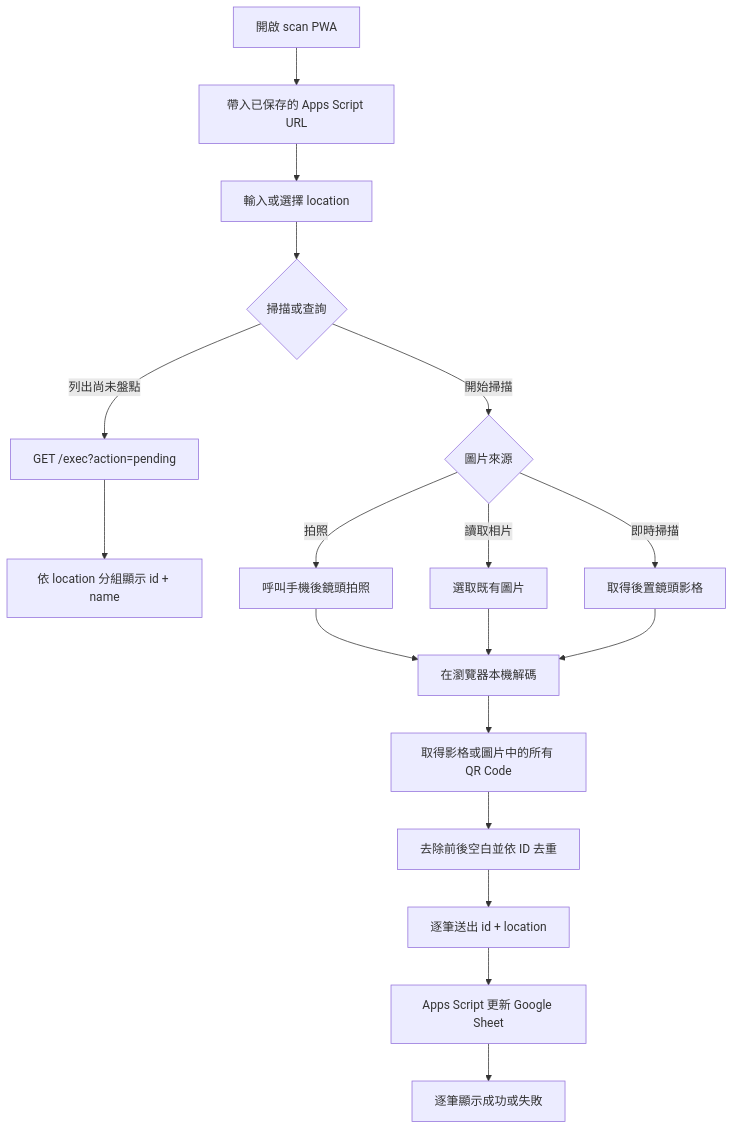
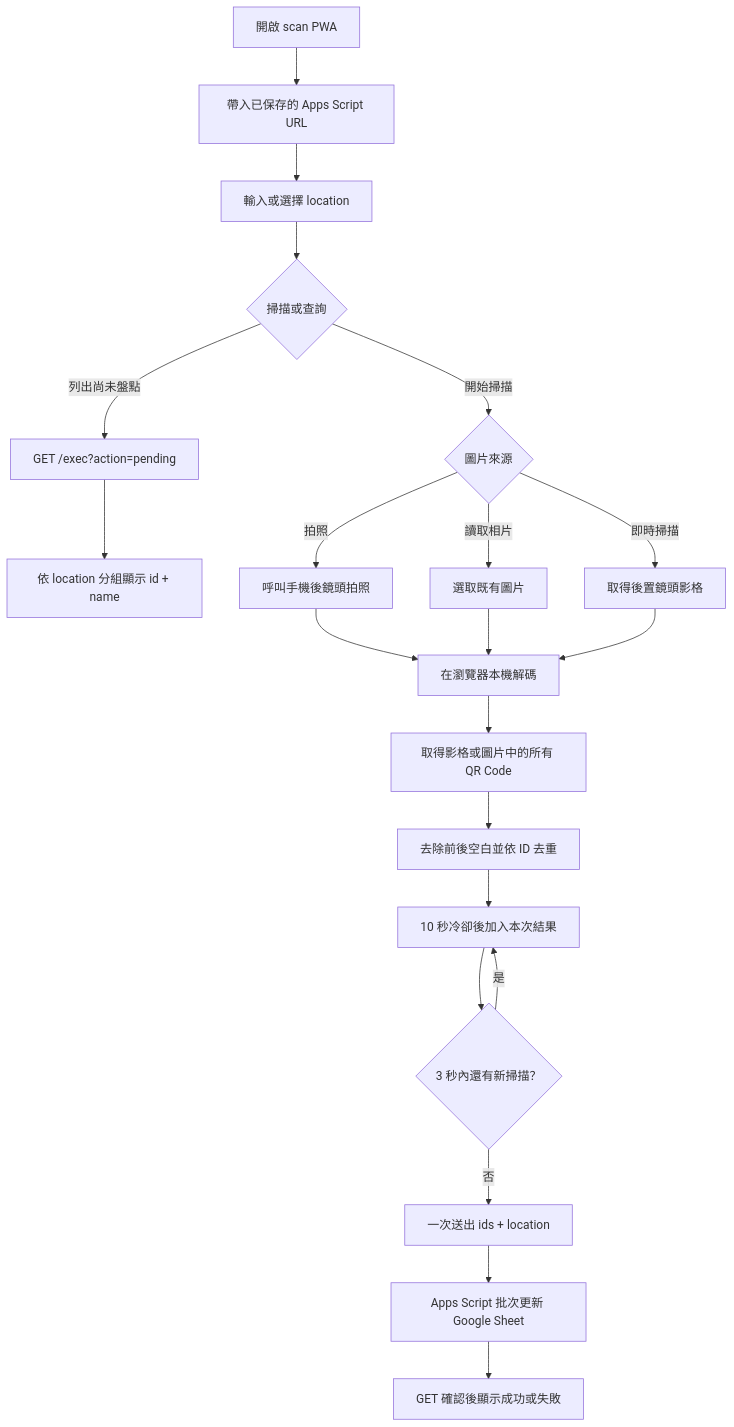
Before and after one commit to pulipulichen/Mobile-Inventory-Scanner: the fifth of 5 diagrams in docs/architecture.md, drawn with Mermaid. The commit also changed other lines of this file and 10 other files, not shown here.

````diff
--- a/docs/architecture.md
+++ b/docs/architecture.md
@@ -246,20 +266,23 @@
 ```mermaid
 flowchart TB
     A["開啟 scan PWA"] --> B["帶入已保存的 Apps Script URL"]
     B --> C["輸入或選擇 location"]
     C --> D{"掃描或查詢"}
     D -->|"列出尚未盤點"| E["GET /exec?action=pending"]
     E --> F["依 location 分組顯示 id + name"]
     D -->|"開始掃描"| G{"圖片來源"}
     G -->|"拍照"| H["呼叫手機後鏡頭拍照"]
     G -->|"讀取相片"| I["選取既有圖片"]
     G -->|"即時掃描"| J["取得後置鏡頭影格"]
     H --> K["在瀏覽器本機解碼"]
     I --> K
     J --> K
     K --> L["取得影格或圖片中的所有 QR Code"]
     L --> M["去除前後空白並依 ID 去重"]
-    M --> N["逐筆送出 id + location"]
-    N --> O["Apps Script 更新 Google Sheet"]
-    O --> P["逐筆顯示成功或失敗"]
+    M --> N["10 秒冷卻後加入本次結果"]
+    N --> O{"3 秒內還有新掃描？"}
+    O -->|"是"| N
+    O -->|"否"| P["一次送出 ids + location"]
+    P --> Q["Apps Script 批次更新 Google Sheet"]
+    Q --> R["GET 確認後顯示成功或失敗"]
 ```
````
